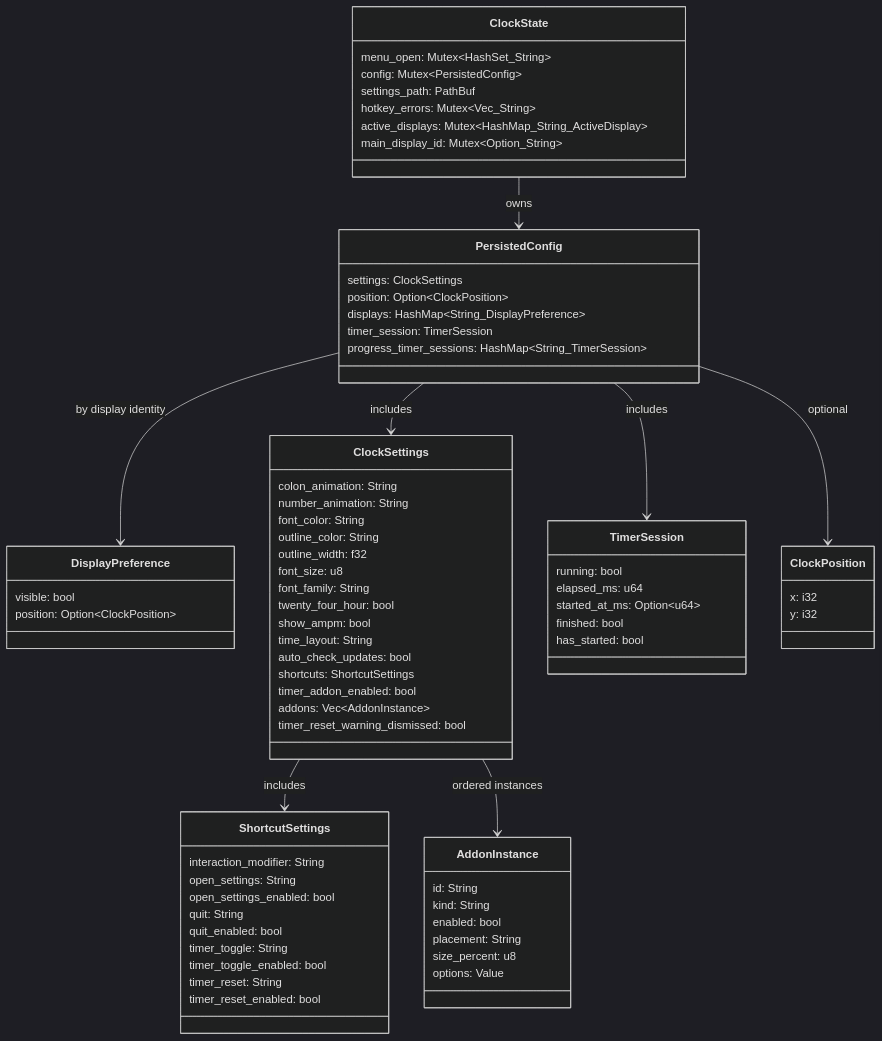
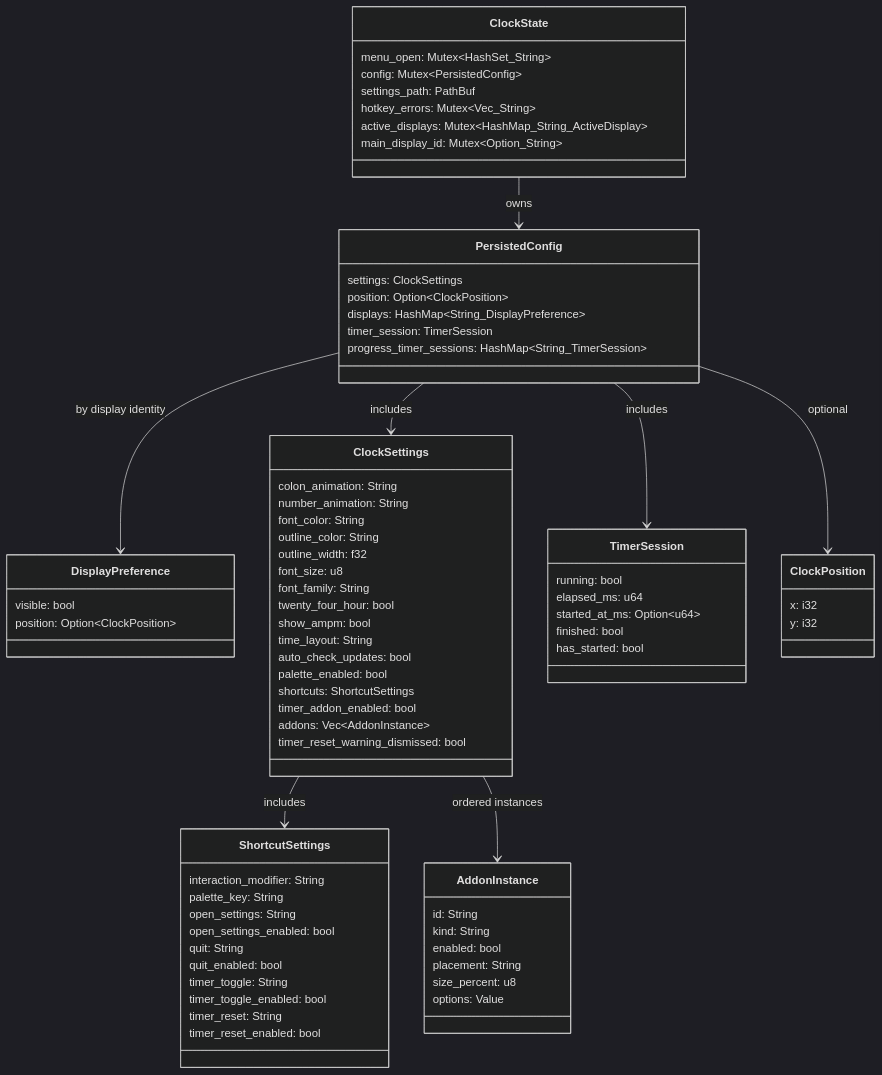
One commit to tbkmax/TopClock changed diagram 12 of 15 in src-tauri/src/doc/workflow_diagram.md. Above: the diagram before and after it, drawn with Mermaid (dark theme). The commit also changed other lines of this file and 51 other files, not shown here.

````diff
--- a/src-tauri/src/doc/workflow_diagram.md
+++ b/src-tauri/src/doc/workflow_diagram.md
@@ -222,76 +249,78 @@
 ```mermaid
 classDiagram
     class ClockState {
       menu_open: Mutex~HashSet_String~
       config: Mutex~PersistedConfig~
       settings_path: PathBuf
       hotkey_errors: Mutex~Vec_String~
       active_displays: Mutex~HashMap_String_ActiveDisplay~
       main_display_id: Mutex~Option_String~
     }
     class PersistedConfig {
       settings: ClockSettings
       position: Option~ClockPosition~
       displays: HashMap~String_DisplayPreference~
       timer_session: TimerSession
       progress_timer_sessions: HashMap~String_TimerSession~
     }
     class DisplayPreference {
       visible: bool
       position: Option~ClockPosition~
     }
     class ClockSettings {
       colon_animation: String
       number_animation: String
       font_color: String
       outline_color: String
       outline_width: f32
       font_size: u8
       font_family: String
       twenty_four_hour: bool
       show_ampm: bool
       time_layout: String
       auto_check_updates: bool
+      palette_enabled: bool
       shortcuts: ShortcutSettings
       timer_addon_enabled: bool
       addons: Vec~AddonInstance~
       timer_reset_warning_dismissed: bool
     }
     class ShortcutSettings {
       interaction_modifier: String
+      palette_key: String
       open_settings: String
       open_settings_enabled: bool
       quit: String
       quit_enabled: bool
       timer_toggle: String
       timer_toggle_enabled: bool
       timer_reset: String
       timer_reset_enabled: bool
     }
     class AddonInstance {
       id: String
       kind: String
       enabled: bool
       placement: String
       size_percent: u8
       options: Value
     }
     class TimerSession {
       running: bool
       elapsed_ms: u64
       started_at_ms: Option~u64~
       finished: bool
       has_started: bool
     }
     class ClockPosition {
       x: i32
       y: i32
     }
     ClockState --> PersistedConfig : owns
     PersistedConfig --> ClockSettings : includes
     ClockSettings --> ShortcutSettings : includes
     ClockSettings --> AddonInstance : ordered instances
     PersistedConfig --> TimerSession : includes
     PersistedConfig --> ClockPosition : optional
     PersistedConfig --> DisplayPreference : by display identity
 ```
````
